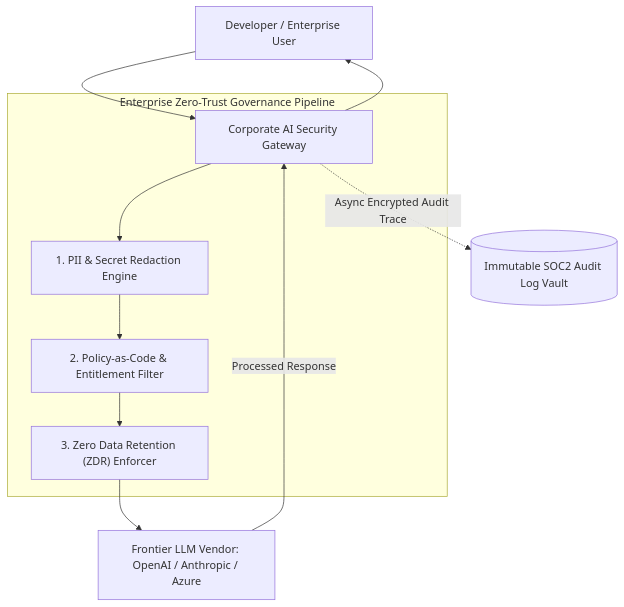
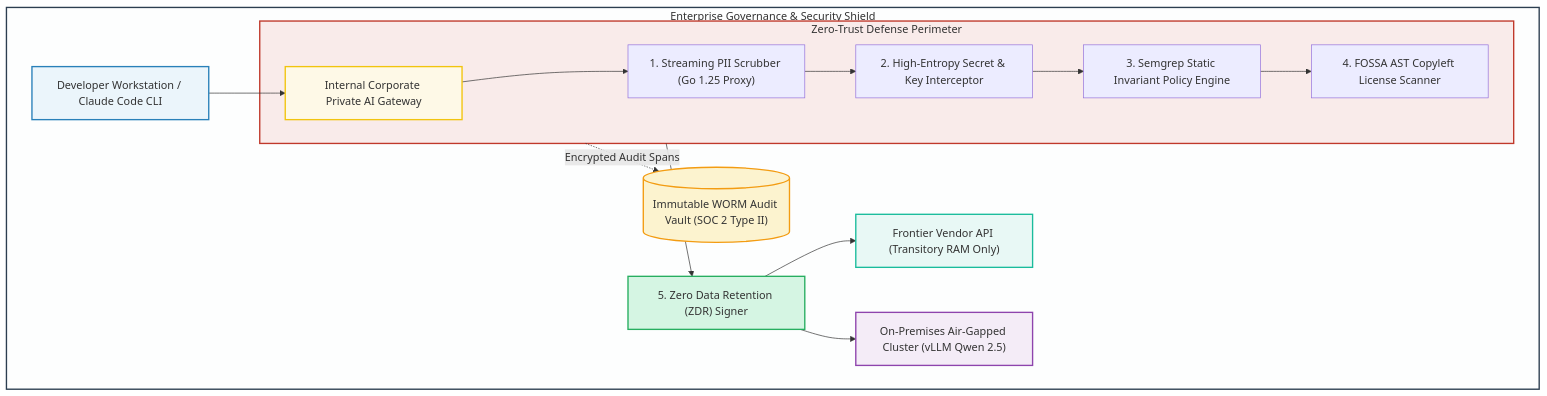
Before and after one commit to vesviet/vesviet: the first of 2 diagrams in content/series/ai-driven-engineer/part-5-the-bod-perspective-risk-and-privacy.md, drawn with Mermaid. The commit also changed other lines of this file and 67 other files, not shown here.

Commit message:
feat(sprint-3): upgrade ai-data-engineering-pipeline and ai-driven-engineer series to 2027 SOTA masterclass

````diff
--- a/content/series/ai-driven-engineer/part-5-the-bod-perspective-risk-and-privacy.md
+++ b/content/series/ai-driven-engineer/part-5-the-bod-perspective-risk-and-privacy.md
@@ -42,17 +39,29 @@
 ```mermaid
-graph TD
-    UserDev["Developer / Enterprise User"] --> CorpGateway["Corporate AI Security Gateway"]
-    
-    subgraph Enterprise Zero-Trust Governance Pipeline
-        CorpGateway --> PIIScanner["1. PII & Secret Redaction Engine"]
-        PIIScanner --> PolicyEngine["2. Policy-as-Code & Entitlement Filter"]
-        PolicyEngine --> ZDRHeader["3. Zero Data Retention (ZDR) Enforcer"]
+flowchart TD
+    subgraph EnterpriseShield ["Enterprise Governance & Security Shield"]
+        Dev["Developer Workstation / Claude Code CLI"] --> Ingress["Internal Corporate Private AI Gateway"]
+        
+        subgraph SecurityPipeline ["Zero-Trust Defense Perimeter"]
+            Ingress --> PII["1. Streaming PII Scrubber (Go 1.25 Proxy)"]
+            PII --> SecretSniff["2. High-Entropy Secret & Key Interceptor"]
+            SecretSniff --> SemgrepLinter["3. Semgrep Static Invariant Policy Engine"]
+            SemgrepLinter --> LicenseAudit["4. FOSSA AST Copyleft License Scanner"]
+        end
+
+        SecurityPipeline --> ZDREnforcer["5. Zero Data Retention (ZDR) Signer"]
+        
+        ZDREnforcer --> CloudLLM["Frontier Vendor API (Transitory RAM Only)"]
+        ZDREnforcer --> LocalvLLM["On-Premises Air-Gapped Cluster (vLLM Qwen 2.5)"]
+        
+        SecurityPipeline -.->|"Encrypted Audit Spans"| SOC2Vault[("Immutable WORM Audit Vault (SOC 2 Type II)")]
     end
 
-    ZDRHeader --> VendorAPI["Frontier LLM Vendor: OpenAI / Anthropic / Azure"]
-    
-    CorpGateway -. "Async Encrypted Audit Trace" .-> SecurityVault[("Immutable SOC2 Audit Log Vault")]
-
-    VendorAPI -->|"Processed Response"| CorpGateway
-    CorpGateway --> UserDev
+    style EnterpriseShield fill:#fdfefe,stroke:#2c3e50,stroke-width:2px
+    style Dev fill:#ebf5fb,stroke:#2980b9,stroke-width:2px
+    style Ingress fill:#fef9e7,stroke:#f1c40f,stroke-width:2px
+    style SecurityPipeline fill:#f9ebea,stroke:#c0392b,stroke-width:2px
+    style ZDREnforcer fill:#d5f5e3,stroke:#27ae60,stroke-width:2px
+    style CloudLLM fill:#e8f8f5,stroke:#1abc9c,stroke-width:2px
+    style LocalvLLM fill:#f4ecf7,stroke:#8e44ad,stroke-width:2px
+    style SOC2Vault fill:#fcf3cf,stroke:#f39c12,stroke-width:2px
 ```
````
